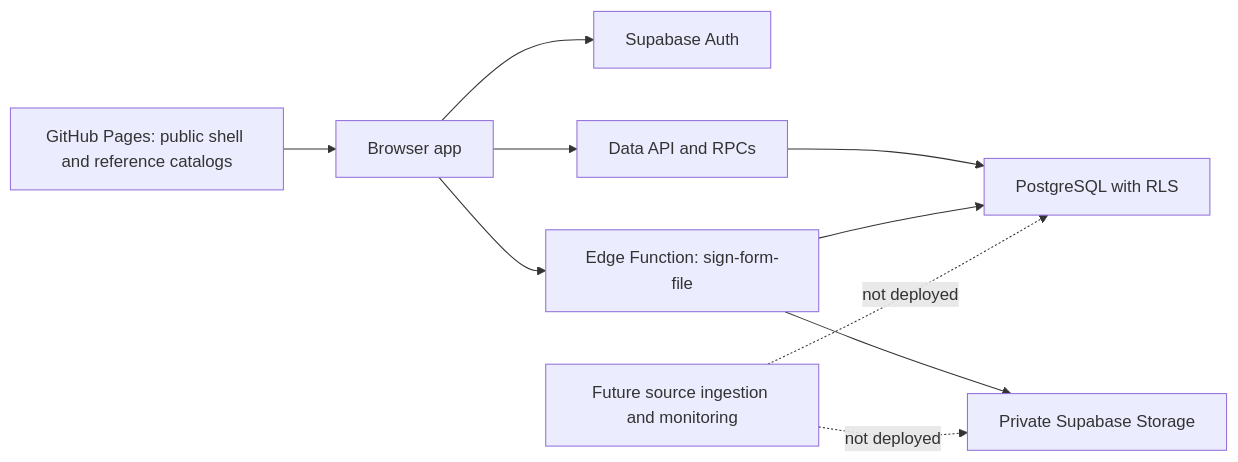
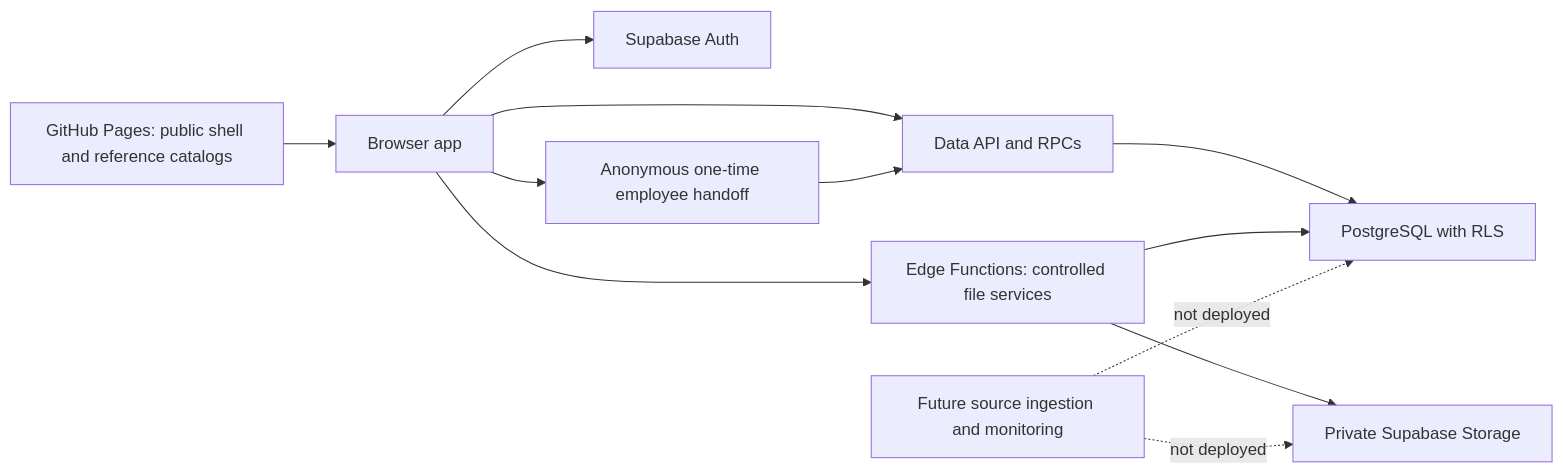
The diagram in docs/ARCHITECTURE.md (loufish727/SafetyOps), drawn with Mermaid before and after one commit. The commit also changed other lines of this file and 22 other files, not shown here.

````diff
--- a/docs/ARCHITECTURE.md
+++ b/docs/ARCHITECTURE.md
@@ -9,12 +9,14 @@
 ```mermaid
 flowchart LR
   A["GitHub Pages: public shell and reference catalogs"] --> B["Browser app"]
   B --> C["Supabase Auth"]
   B --> D["Data API and RPCs"]
-  B --> E["Edge Function: sign-form-file"]
+  B --> E["Edge Functions: controlled file services"]
+  B --> I["Anonymous one-time employee handoff"]
   D --> F["PostgreSQL with RLS"]
+  I --> D
   E --> F
   E --> G["Private Supabase Storage"]
   H["Future source ingestion and monitoring"] -. "not deployed" .-> F
   H -. "not deployed" .-> G
 ```
````
